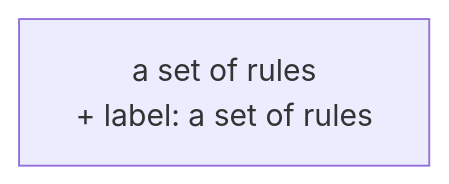
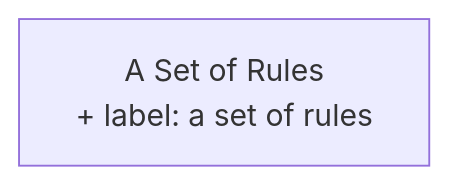
The diagram in content/policy on service and digital/rule_set.md (heidingaway/heidi2), drawn with Mermaid before and after one commit. The commit also changed other lines of this file and 512 other files, not shown here.

````diff
--- a/content/policy on service and digital/rule_set.md
+++ b/content/policy on service and digital/rule_set.md
@@ -12,4 +18,4 @@
 ```mermaid
 graph TD
-  a_set_of_rules["a set of rules<br>+ label: a set of rules"]:::current-page-node
+  A_Set_of_Rules["A Set of Rules<br>+ label: a set of rules"]:::current-page-node
 ```
````
